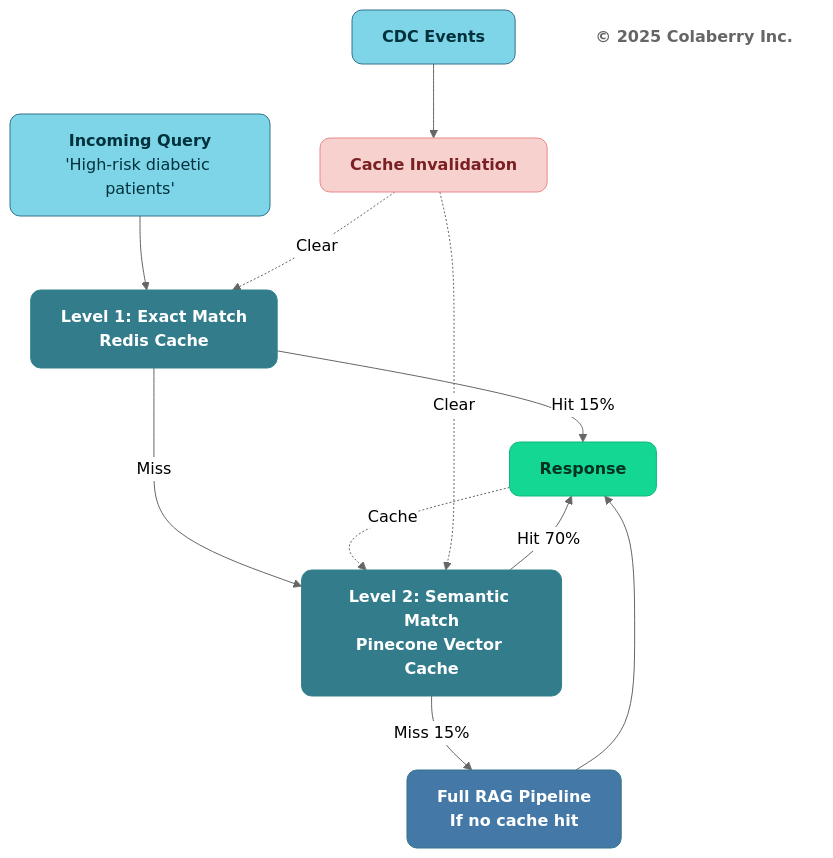
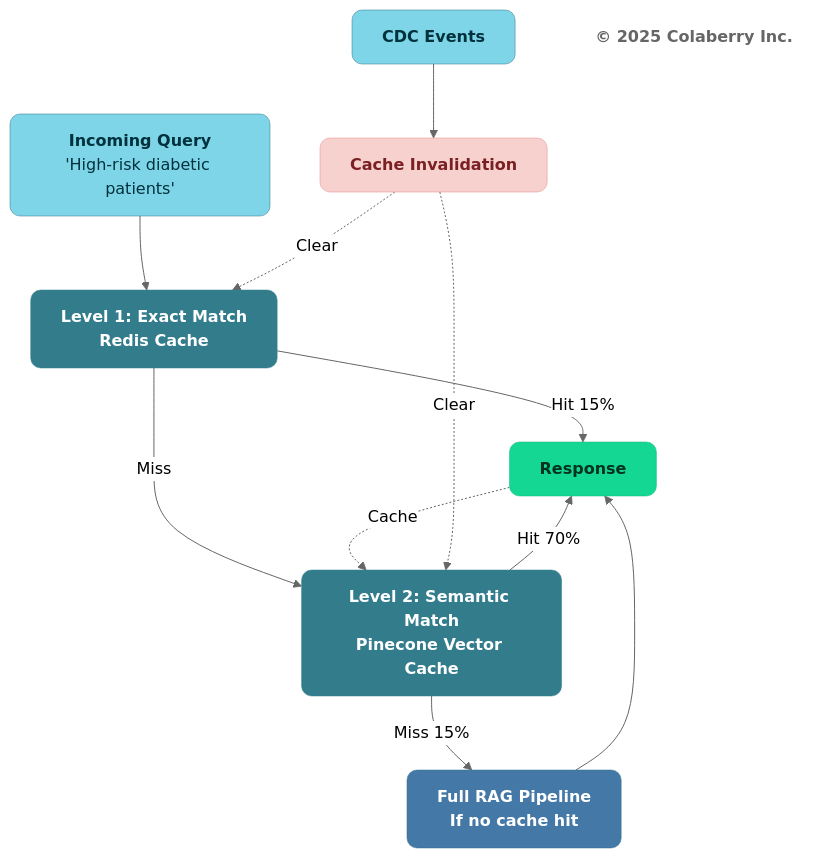
Before and after one commit to saitejesh-cyber/trust-before-intelligence-book: the tenth of 13 diagrams in manuscript/06_chapter_5_intelligence_layers.md, drawn with Mermaid (neutral theme). The commit also changed other lines of this file and 12 other files, not shown here.

Commit message:
Update stroke width to 0.5px instead of 1px to all the diagrams

````diff
--- a/manuscript/06_chapter_5_intelligence_layers.md
+++ b/manuscript/06_chapter_5_intelligence_layers.md
@@ -839,39 +839,39 @@
 ```mermaid
 graph TB
     QUERY["<b>Incoming Query</b><br/>'High-risk diabetic patients'"]
     
     EXACT["<b>Level 1: Exact Match</b><br/><b>Redis Cache</b>"]
     
     SEMANTIC["<b>Level 2: Semantic Match</b><br/><b>Pinecone Vector Cache</b>"]
     
     PIPELINE["<b>Full RAG Pipeline</b><br/><b>If no cache hit</b>"]
     
     RESPONSE["<b>Response</b>"]
     
     CDC["<b>CDC Events</b>"]
     
     INVALIDATE["<b>Cache Invalidation</b>"]
     
     Copyright["<b>© 2025 Colaberry Inc.</b>"]
     
     QUERY --> EXACT
     EXACT -->|Hit 15%| RESPONSE
     EXACT -->|Miss| SEMANTIC
     SEMANTIC -->|Hit 70%| RESPONSE
     SEMANTIC -->|Miss 15%| PIPELINE
     PIPELINE --> RESPONSE
     RESPONSE -.->|Cache| SEMANTIC
     
     CDC --> INVALIDATE
     INVALIDATE -.->|Clear| EXACT
     INVALIDATE -.->|Clear| SEMANTIC
     
-    style QUERY fill:#7FD5E8,stroke:#32738C,stroke-width:1px,color:#00323D,rx:10,ry:10
-    style EXACT fill:#327C8C,stroke:#30838C,stroke-width:1px,color:#ffffff,rx:10,ry:10
-    style SEMANTIC fill:#327C8C,stroke:#30838C,stroke-width:1px,color:#ffffff,rx:10,ry:10
-    style PIPELINE fill:#4478A6,stroke:#32738C,stroke-width:1px,color:#ffffff,rx:10,ry:10
-    style RESPONSE fill:#14D793,color:#003322,stroke:#0FB67D,stroke-width:1px,rx:10,ry:10
-    style CDC fill:#7FD5E8,stroke:#32738C,stroke-width:1px,color:#00323D,rx:10,ry:10
-    style INVALIDATE fill:#F6D1CE,stroke:#EB898B,stroke-width:1px,color:#7A1F22,rx:10,ry:10
+    style QUERY fill:#7FD5E8,stroke:#32738C,stroke-width:0.5px,color:#00323D,rx:10,ry:10
+    style EXACT fill:#327C8C,stroke:#30838C,stroke-width:0.5px,color:#ffffff,rx:10,ry:10
+    style SEMANTIC fill:#327C8C,stroke:#30838C,stroke-width:0.5px,color:#ffffff,rx:10,ry:10
+    style PIPELINE fill:#4478A6,stroke:#32738C,stroke-width:0.5px,color:#ffffff,rx:10,ry:10
+    style RESPONSE fill:#14D793,color:#003322,stroke:#0FB67D,stroke-width:0.5px,rx:10,ry:10
+    style CDC fill:#7FD5E8,stroke:#32738C,stroke-width:0.5px,color:#00323D,rx:10,ry:10
+    style INVALIDATE fill:#F6D1CE,stroke:#EB898B,stroke-width:0.5px,color:#7A1F22,rx:10,ry:10
     style Copyright fill:none,stroke:none,color:#666666
 ```
````
